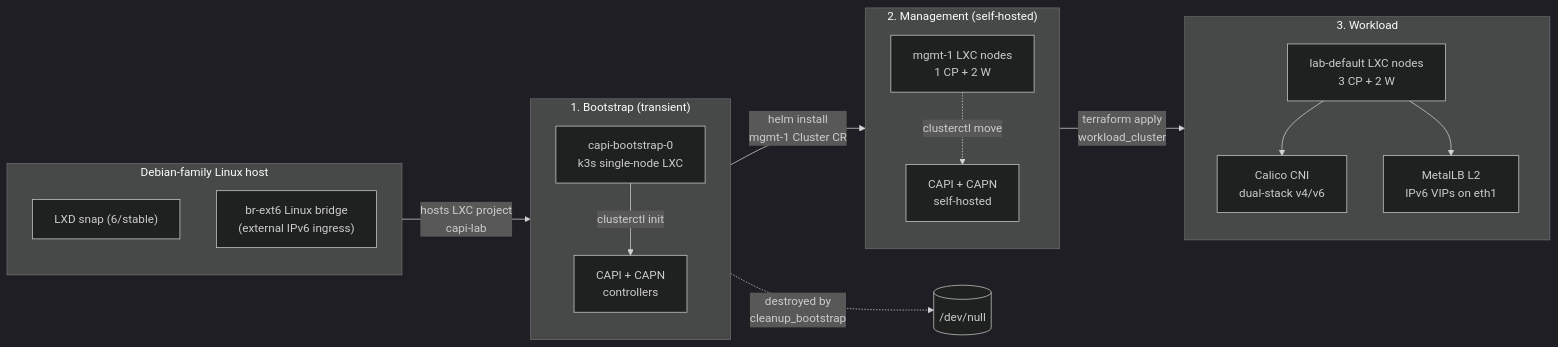
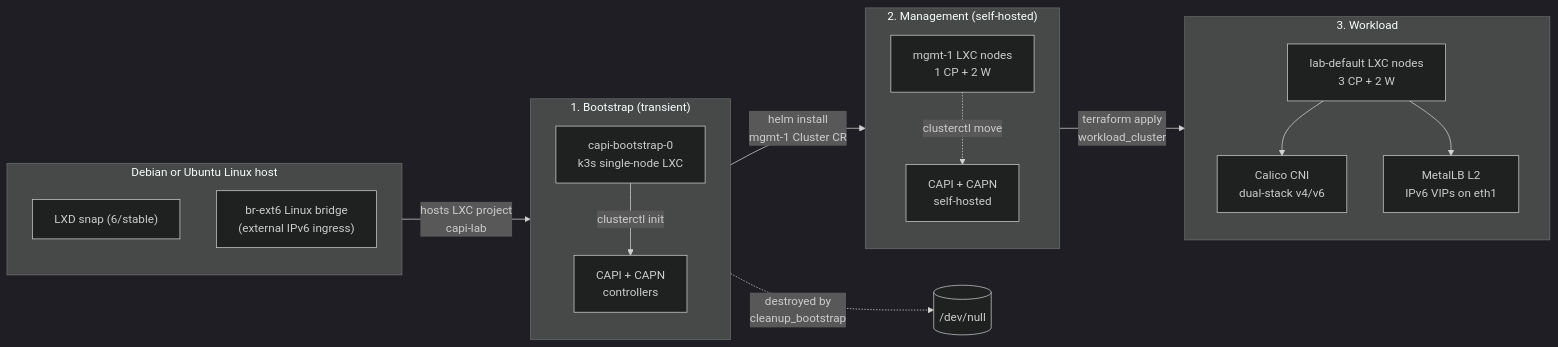
One commit to kogeler/k8s-lab changed the diagram in README.md. Above: the diagram before and after it, drawn with Mermaid (dark theme). The commit also changed other lines of this file and 43 other files, not shown here.

````diff
--- a/README.md
+++ b/README.md
@@ -89,36 +89,36 @@
 ```mermaid
 flowchart LR
-    subgraph host["Debian-family Linux host"]
+    subgraph host["Debian or Ubuntu Linux host"]
         direction TB
         snap["LXD snap (6/stable)"]
         bridge["br-ext6 Linux bridge<br/>(external IPv6 ingress)"]
     end
 
     host -->|hosts LXC project<br/>capi-lab| boot
 
     subgraph boot["1. Bootstrap (transient)"]
         direction TB
         k3s["capi-bootstrap-0<br/>k3s single-node LXC"]
         k3s -->|clusterctl init| capi["CAPI + CAPN<br/>controllers"]
     end
 
     boot -->|helm install<br/>mgmt-1 Cluster CR| mgmt
 
     subgraph mgmt["2. Management (self-hosted)"]
         direction TB
         mgmtnodes["mgmt-1 LXC nodes<br/>1 CP + 2 W"]
         capi2["CAPI + CAPN<br/>self-hosted"]
         mgmtnodes -.->|clusterctl move| capi2
     end
 
     boot -.->|destroyed by<br/>cleanup_bootstrap| trash[("/dev/null")]
 
     mgmt -->|terraform apply<br/>workload_cluster| workload
 
     subgraph workload["3. Workload"]
         direction TB
         wnodes["lab-default LXC nodes<br/>3 CP + 2 W"]
         wnodes --> calico["Calico CNI<br/>dual-stack v4/v6"]
         wnodes --> metallb["MetalLB L2<br/>IPv6 VIPs on eth1"]
     end
 ```
````
